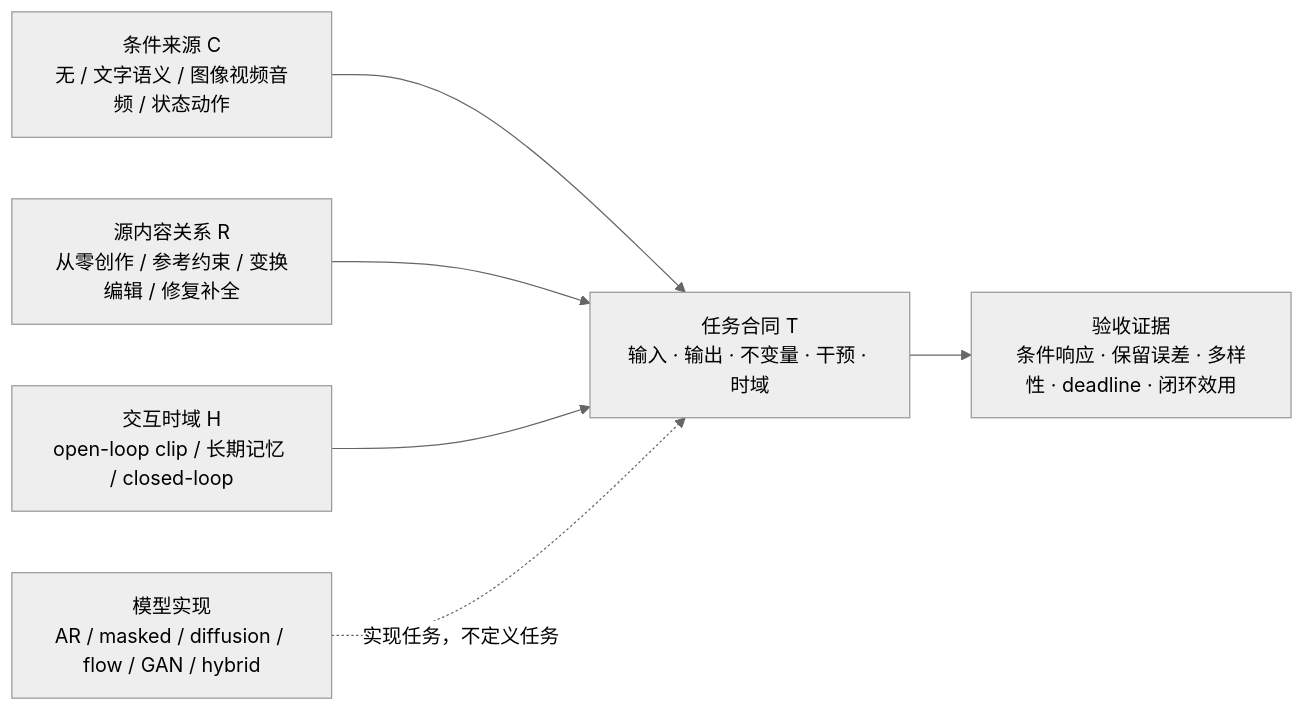
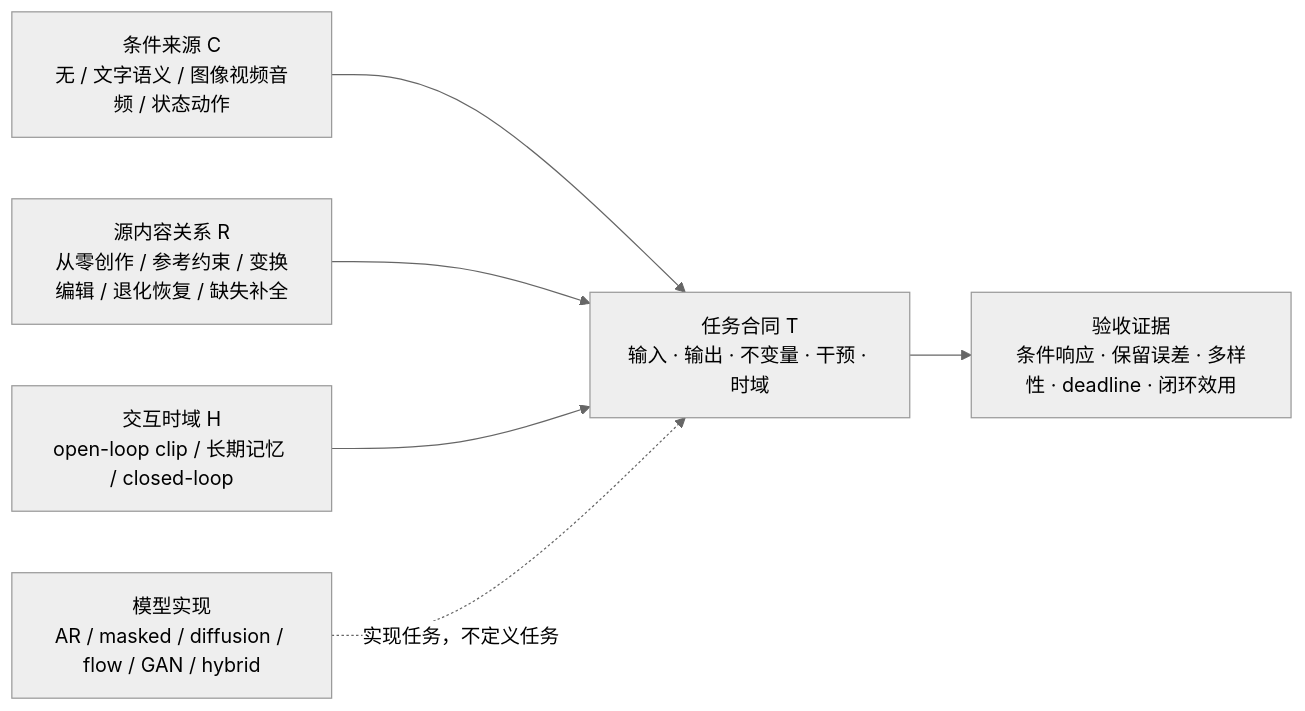
One commit to GVCLab/Video-Generation-101 changed the first of 2 diagrams in docs/taxonomy.md. Above: the diagram before and after it, drawn with Mermaid (neutral theme). The commit also changed other lines of this file and 32 other files, not shown here.

```diff
--- a/docs/taxonomy.md
+++ b/docs/taxonomy.md
@@ -19,18 +19,18 @@
 ~~~mermaid
 flowchart LR
     accTitle: 视频生成任务的三个可组合坐标
     accDescr: 条件来源、与源内容的关系和交互时域共同形成任务合同；任务合同再确定必须保持的内容、允许改变的内容和相应评测，而不是先由模型名称决定任务。
 
     C["条件来源 C<br/>无 / 文字语义 / 图像视频音频 / 状态动作"]
-    R["源内容关系 R<br/>从零创作 / 参考约束 / 变换编辑 / 修复补全"]
+    R["源内容关系 R<br/>从零创作 / 参考约束 / 变换编辑 / 退化恢复 / 缺失补全"]
     H["交互时域 H<br/>open-loop clip / 长期记忆 / closed-loop"]
     T["任务合同 T<br/>输入 · 输出 · 不变量 · 干预 · 时域"]
     E["验收证据<br/>条件响应 · 保留误差 · 多样性 · deadline · 闭环效用"]
     M["模型实现<br/>AR / masked / diffusion / flow / GAN / hybrid"]
 
     C --> T
     R --> T
     H --> T
     T --> E
     M -. "实现任务，不定义任务" .-> T
 ~~~
```
